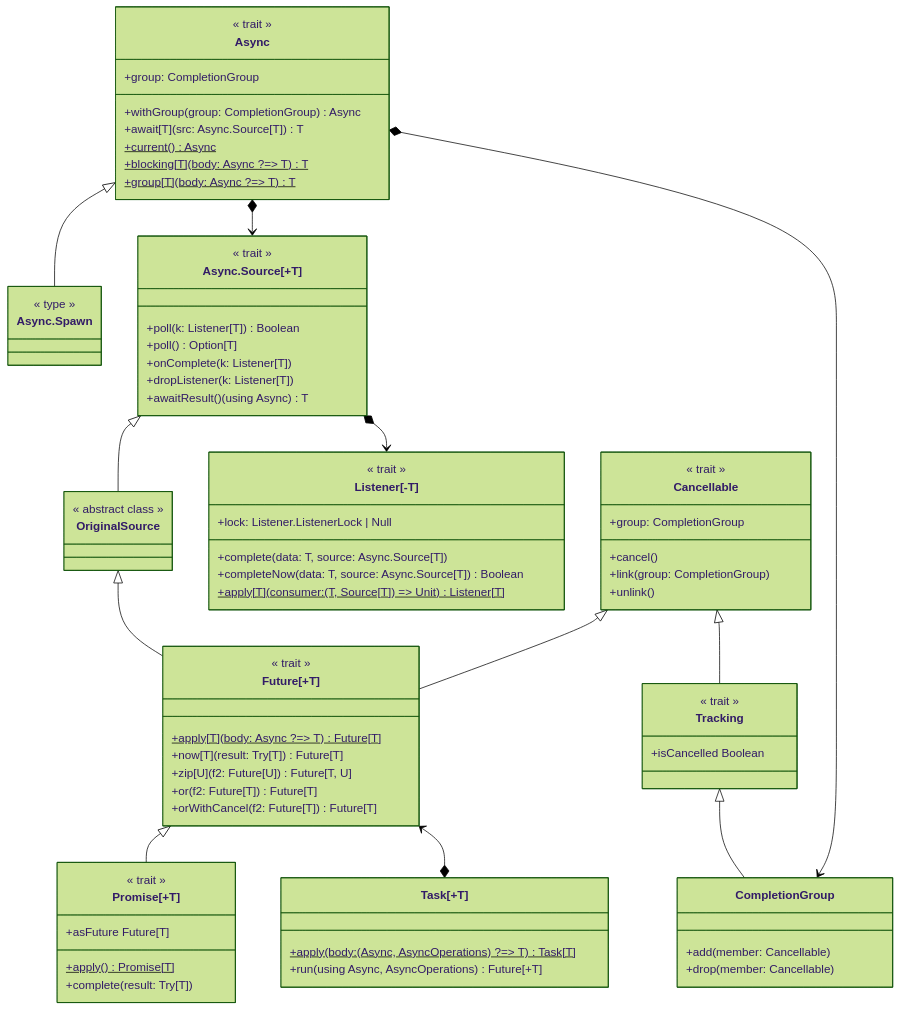
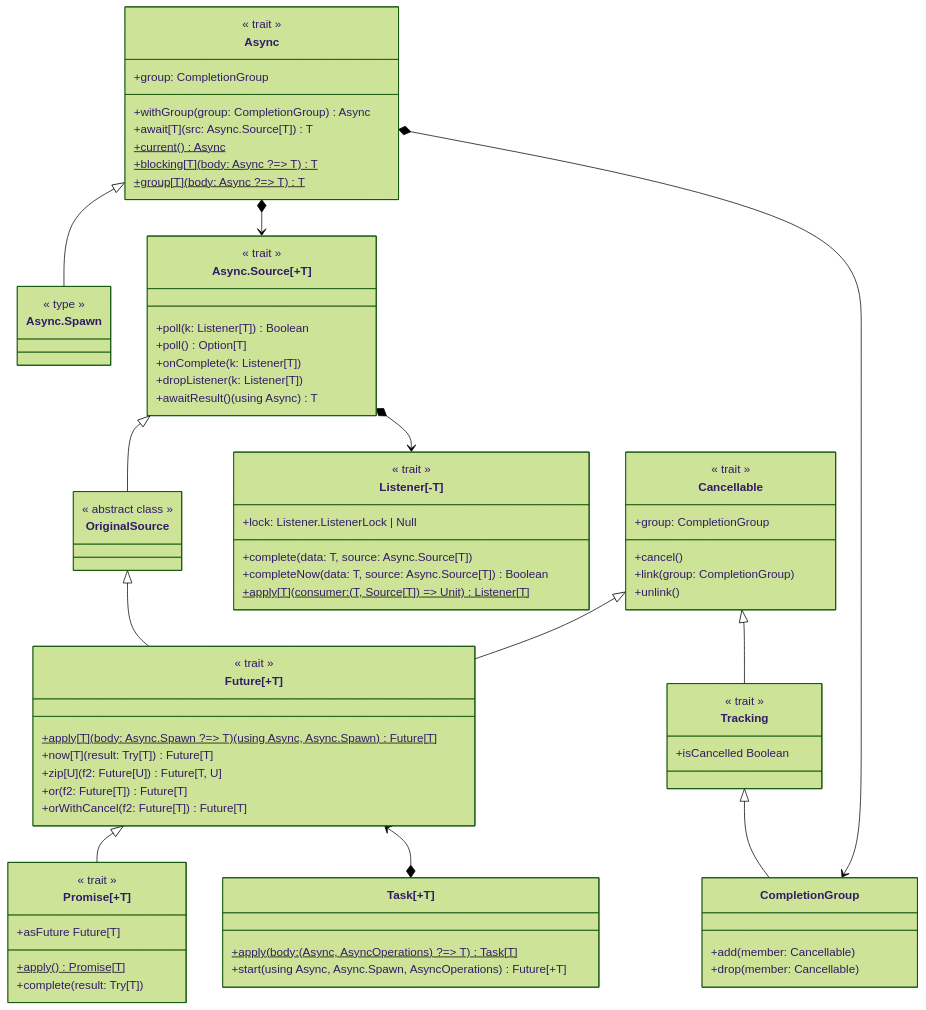
Before and after one commit to tassiluca/direct-style-experiments: the diagram in docs/site/content/docs/03-basics.md, drawn with Mermaid (forest theme). The commit also changed other lines of this file and 7 other files, not shown here.

```diff
--- a/docs/site/content/docs/03-basics.md
+++ b/docs/site/content/docs/03-basics.md
@@ -275,7 +276,7 @@
 
   class `Future[+T]` {
     << trait >>
-    +apply[T](body: Async ?=> T) Future[T]$
+    +apply[T](body: Async.Spawn ?=> T)(using Async, Async.Spawn) Future[T]$
     +now[T](result: Try[T]) Future[T]
     +zip[U](f2: Future[U]) Future[T, U]
     +or(f2: Future[T]) Future[T]
@@ -292,7 +293,7 @@
 
   class `Task[+T]` {
     +apply(body: (Async, AsyncOperations) ?=> T) Task[T]$
-    +run(using Async, AsyncOperations) Future[+T]
+    +start(using Async, Async.Spawn, AsyncOperations) Future[+T]
   }
   `Future[+T]` <--* `Task[+T]`
 
```
